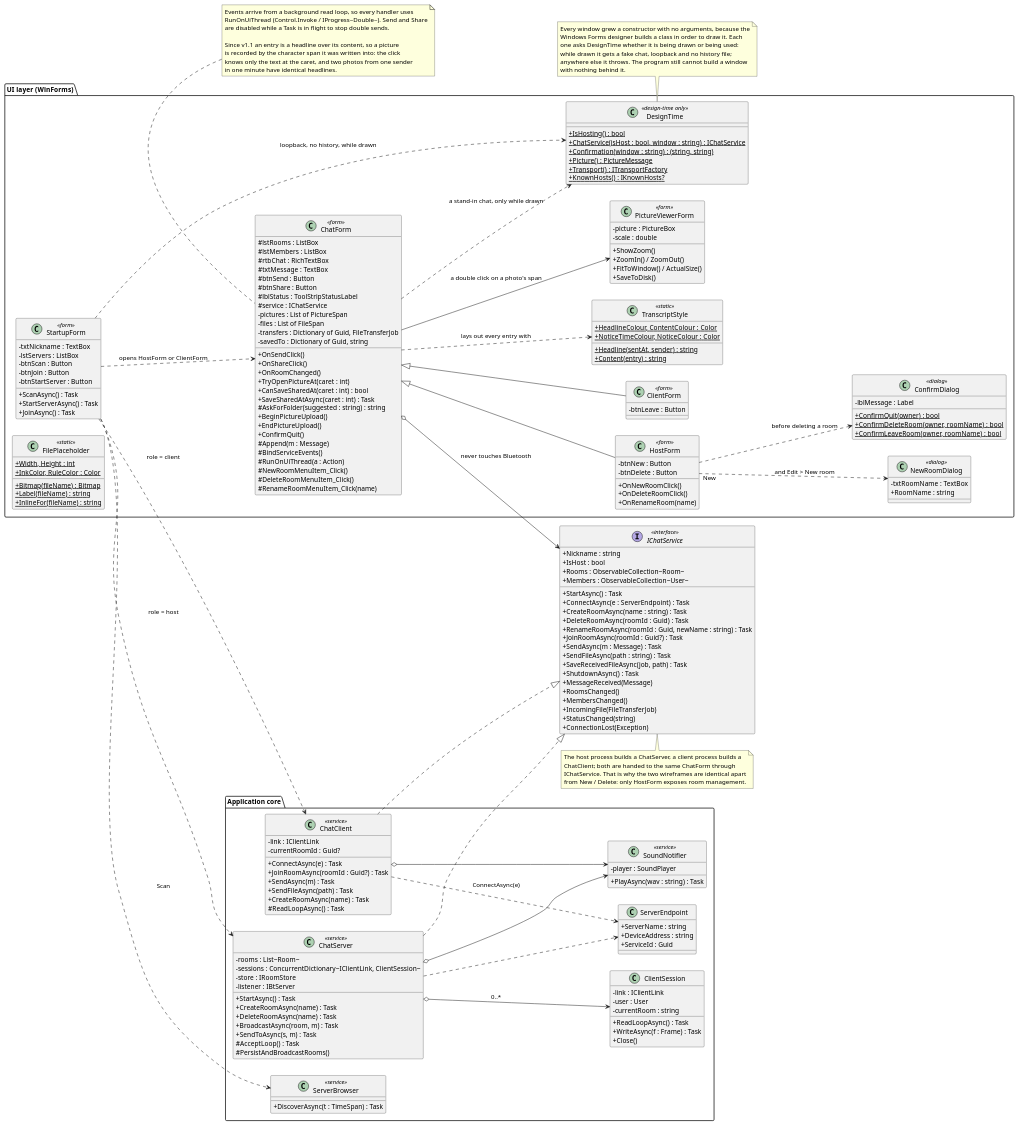
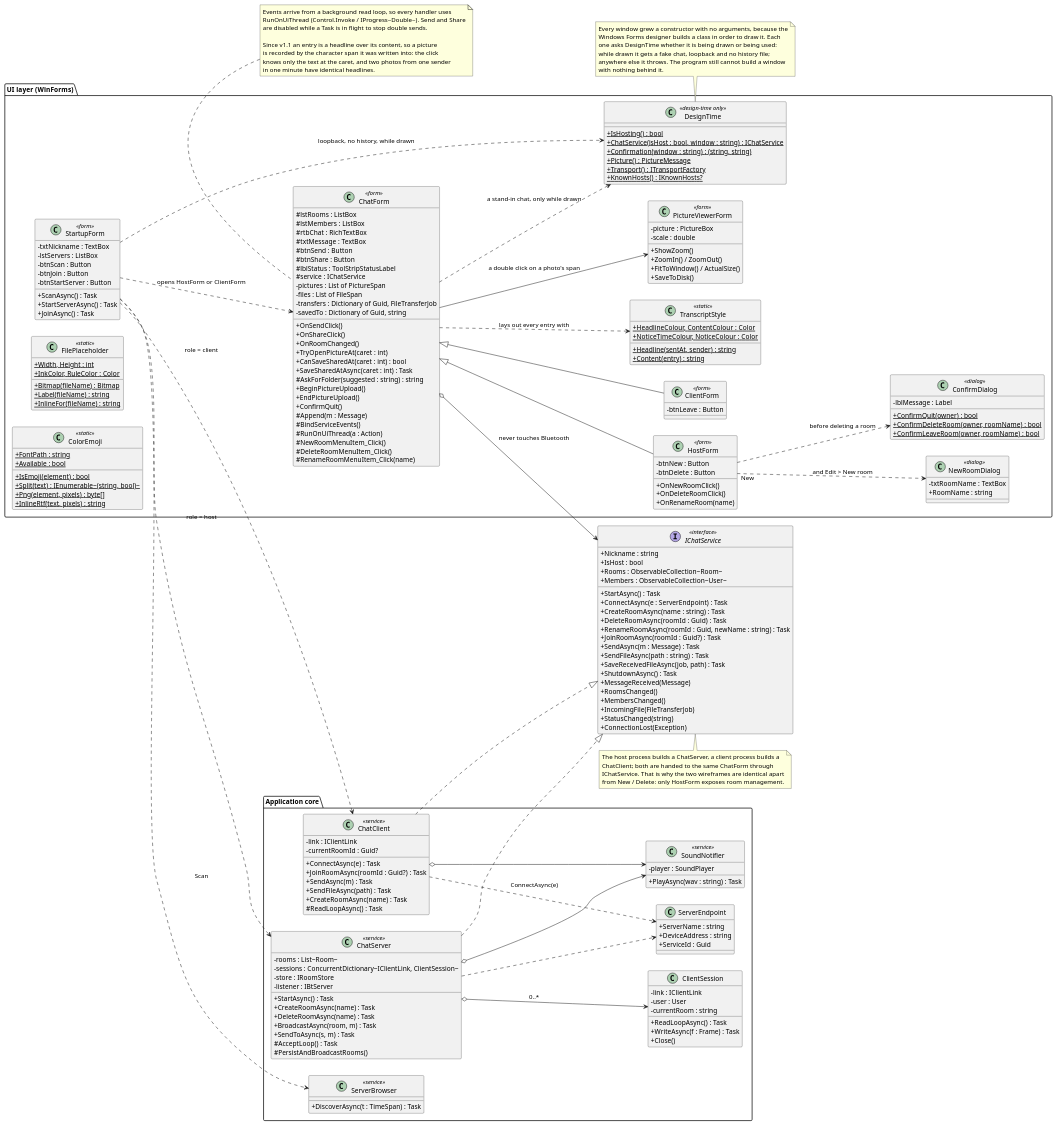
Before and after one commit to fiefdx/Lantern: the diagram in docs/umls/02-class-ui-and-services.puml, drawn with PlantUML. The commit also changed 11 other files, not shown here.

```diff
--- a/docs/umls/02-class-ui-and-services.puml
+++ b/docs/umls/02-class-ui-and-services.puml
@@ -69,6 +69,17 @@
     + {static} Bitmap(fileName) : Bitmap
     + {static} Label(fileName) : string
     + {static} InlineFor(fileName) : string
+  }
+
+  ' v1.5: a colourful emoji, rasterised from Windows' own emoji font - GDI cannot do it at all
+  ' (docs/notes/the-face-that-came-out-in-colour.md)
+  class ColorEmoji <<static>> {
+    + {static} FontPath : string
+    + {static} Available : bool
+    + {static} IsEmoji(element) : bool
+    + {static} Split(text) : IEnumerable~(string, bool)~
+    + {static} Png(element, pixels) : byte[]
+    + {static} InlineRtf(text, pixels) : string
   }
 
   class TranscriptStyle <<static>> {
```
